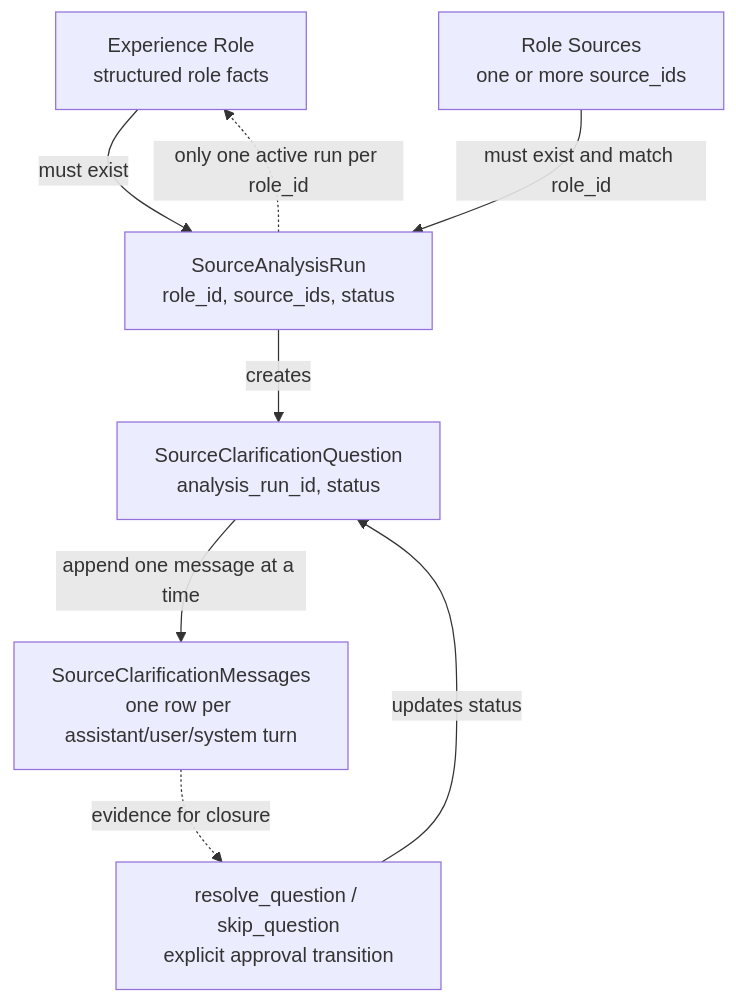
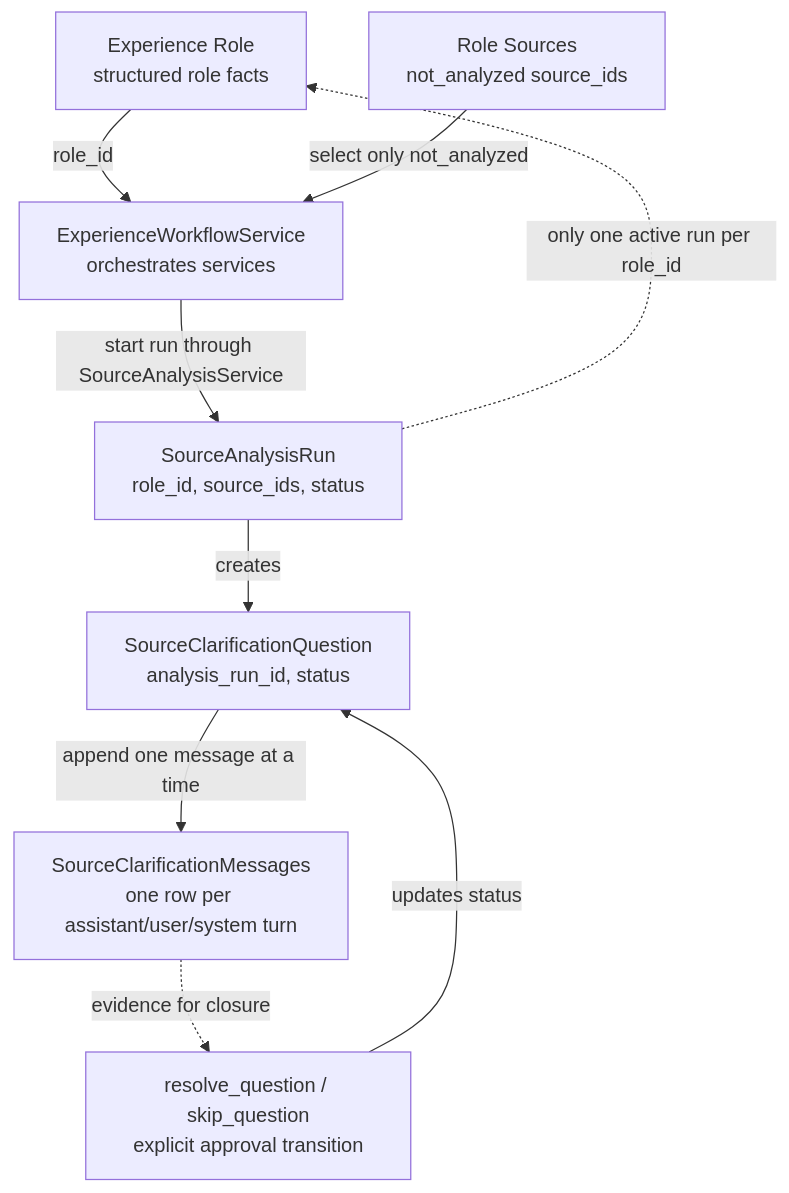
One commit to rsauers0/career-agent changed the fourth of 6 diagrams in docs/diagrams.md. Above: the diagram before and after it, drawn with Mermaid. The commit also changed 10 other files, not shown here.

First line of the commit message:
Add deterministic experience workflow harness

````diff
--- a/docs/diagrams.md
+++ b/docs/diagrams.md
@@ -72,17 +72,19 @@
 ```mermaid
 flowchart TD
     Role["Experience Role<br/>structured role facts"]
-    Sources["Role Sources<br/>one or more source_ids"]
+    Sources["Role Sources<br/>not_analyzed source_ids"]
+    Workflow["ExperienceWorkflowService<br/>orchestrates services"]
     Run["SourceAnalysisRun<br/>role_id, source_ids, status"]
     Question["SourceClarificationQuestion<br/>analysis_run_id, status"]
     Messages["SourceClarificationMessages<br/>one row per assistant/user/system turn"]
     Resolve["resolve_question / skip_question<br/>explicit approval transition"]
 
-    Role -->|"must exist"| Run
-    Sources -->|"must exist and match role_id"| Run
+    Role -->|"role_id"| Workflow
+    Sources -->|"select only not_analyzed"| Workflow
+    Workflow -->|"start run through SourceAnalysisService"| Run
     Run -. "only one active run per role_id" .-> Role
     Run -->|"creates"| Question
     Question -->|"append one message at a time"| Messages
     Messages -. "evidence for closure" .-> Resolve
     Resolve -->|"updates status"| Question
 ```
````
